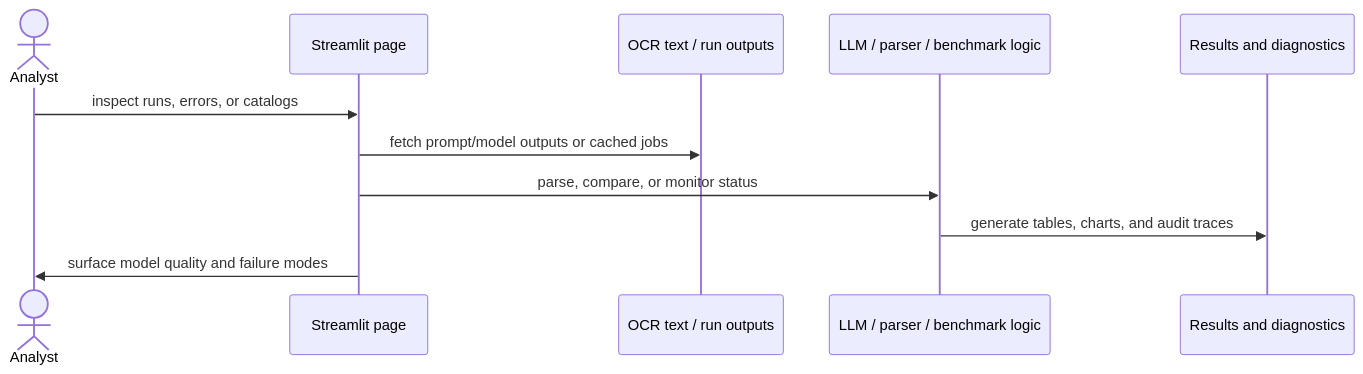
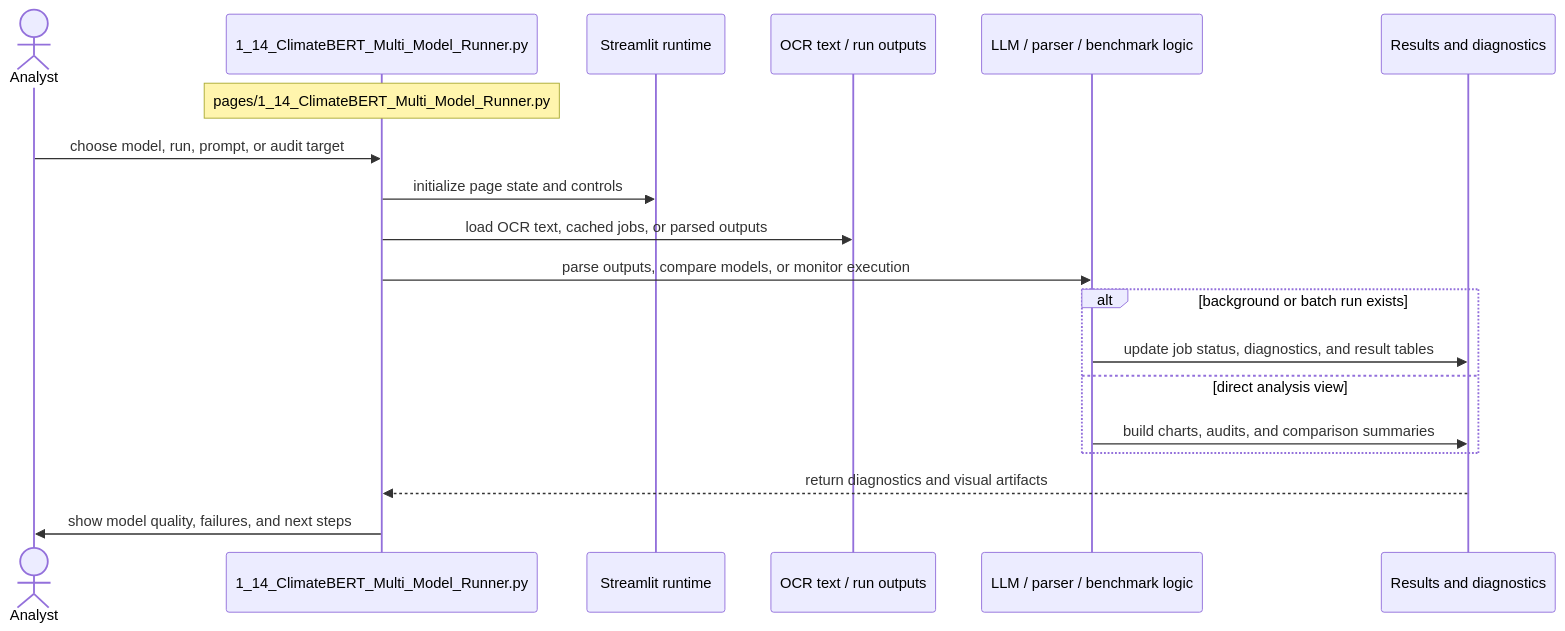
Before and after one commit to darisdzakwanhoesien2/benchmarks: the diagram in new_page/documentation/streamlit_pages/mermaid_sequence_diagram/1_14_ClimateBERT_Multi_Model_Runner.md, drawn with Mermaid. The commit also changed other lines of this file and 49 other files, not shown here.

Commit message:
Adding Documentation with Mermaid Sequence Diagram

````diff
--- a/new_page/documentation/streamlit_pages/mermaid_sequence_diagram/1_14_ClimateBERT_Multi_Model_Runner.md
+++ b/new_page/documentation/streamlit_pages/mermaid_sequence_diagram/1_14_ClimateBERT_Multi_Model_Runner.md
@@ -7,13 +15,21 @@
 ```mermaid
 sequenceDiagram
     actor User as Analyst
-    participant page as Streamlit page
+    participant page as 1_14_ClimateBERT_Multi_Model_Runner.py
+    participant runtime as Streamlit runtime
     participant data as OCR text / run outputs
     participant compute as LLM / parser / benchmark logic
     participant output as Results and diagnostics
-    User->>page: inspect runs, errors, or catalogs
-    page->>data: fetch prompt/model outputs or cached jobs
-    page->>compute: parse, compare, or monitor status
-    compute->>output: generate tables, charts, and audit traces
-    page->>User: surface model quality and failure modes
+    Note over page: pages/1_14_ClimateBERT_Multi_Model_Runner.py
+    User->>page: choose model, run, prompt, or audit target
+    page->>runtime: initialize page state and controls
+    page->>data: load OCR text, cached jobs, or parsed outputs
+    page->>compute: parse outputs, compare models, or monitor execution
+    alt background or batch run exists
+        compute->>output: update job status, diagnostics, and result tables
+    else direct analysis view
+        compute->>output: build charts, audits, and comparison summaries
+    end
+    output-->>page: return diagnostics and visual artifacts
+    page->>User: show model quality, failures, and next steps
 ```
````
